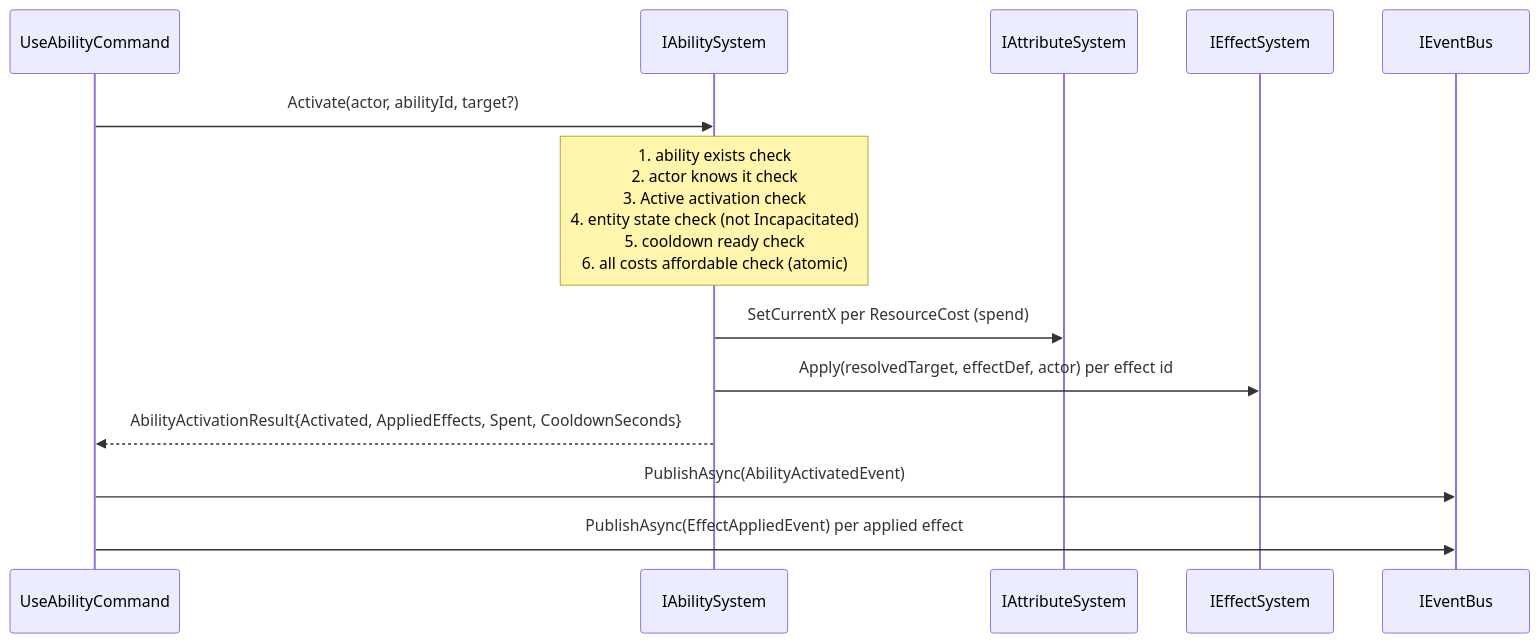
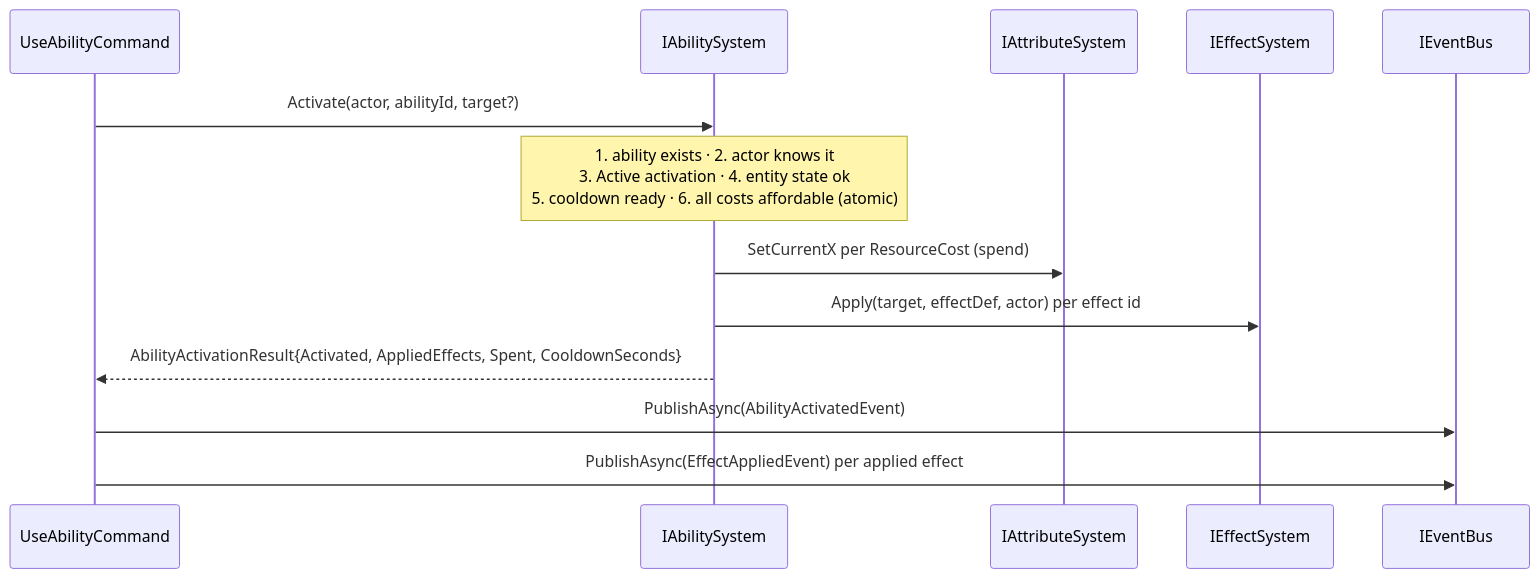
The first of 3 diagrams in docs/architecture/flows/flow-24-ability-activation.md (dmbyer/Hedron), drawn with Mermaid before and after one commit. The commit also changed other lines of this file and 182 other files, not shown here.

````diff
--- a/docs/architecture/flows/flow-24-ability-activation.md
+++ b/docs/architecture/flows/flow-24-ability-activation.md
@@ -9,16 +17,16 @@
 ```mermaid
 sequenceDiagram
-    participant UAC as UseAbilityCommand
+    participant Cmd as UseAbilityCommand
     participant AS as IAbilitySystem
     participant ATTR as IAttributeSystem
     participant ES as IEffectSystem
     participant Bus as IEventBus
 
-    UAC->>AS: Activate(actor, abilityId, target?)
-    note over AS: 1. ability exists check<br/>2. actor knows it check<br/>3. Active activation check<br/>4. entity state check (not Incapacitated)<br/>5. cooldown ready check<br/>6. all costs affordable check (atomic)
+    Cmd->>AS: Activate(actor, abilityId, target?)
+    note over AS: 1. ability exists · 2. actor knows it<br/>3. Active activation · 4. entity state ok<br/>5. cooldown ready · 6. all costs affordable (atomic)
     AS->>ATTR: SetCurrentX per ResourceCost (spend)
-    AS->>ES: Apply(resolvedTarget, effectDef, actor) per effect id
-    AS-->>UAC: AbilityActivationResult{Activated, AppliedEffects, Spent, CooldownSeconds}
-    UAC->>Bus: PublishAsync(AbilityActivatedEvent)
-    UAC->>Bus: PublishAsync(EffectAppliedEvent) per applied effect
+    AS->>ES: Apply(target, effectDef, actor) per effect id
+    AS-->>Cmd: AbilityActivationResult{Activated, AppliedEffects, Spent, CooldownSeconds}
+    Cmd->>Bus: PublishAsync(AbilityActivatedEvent)
+    Cmd->>Bus: PublishAsync(EffectAppliedEvent) per applied effect
 ```
````
